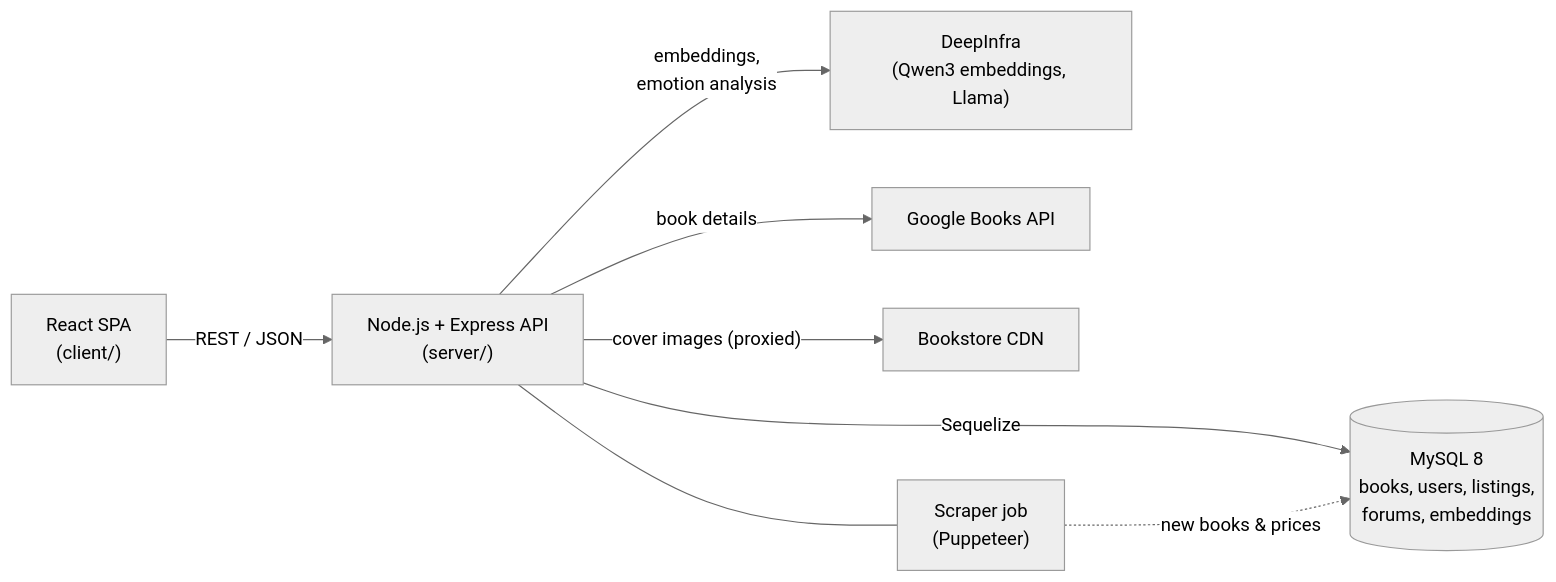
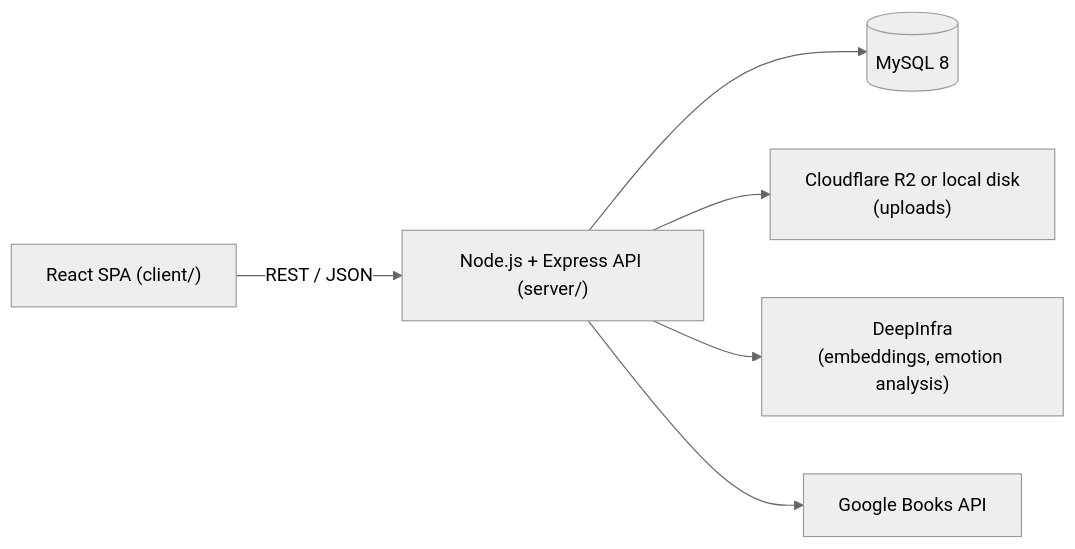
One commit to iamblue07/Aurora-Codex changed the diagram in README.md. Above: the diagram before and after it, drawn with Mermaid (neutral theme). The commit also changed other lines of this file and 2 other files, not shown here.

Commit message:
Rewrite the READMEs to cover only what is current

````diff
--- a/README.md
+++ b/README.md
@@ -35,10 +25,8 @@
 ```mermaid
 flowchart LR
-    Browser["React SPA<br/>(client/)"] -- "REST / JSON" --> API["Node.js + Express API<br/>(server/)"]
-    API -- "Sequelize" --> DB[("MySQL 8<br/>books, users, listings,<br/>forums, embeddings")]
-    API -- "embeddings,<br/>emotion analysis" --> DeepInfra["DeepInfra<br/>(Qwen3 embeddings, Llama)"]
-    API -- "book details" --> Google["Google Books API"]
-    API -- "cover images (proxied)" --> CDN["Bookstore CDN"]
-    Scraper["Scraper job<br/>(Puppeteer)"] -. "new books & prices" .-> DB
-    API --- Scraper
+    Client["React SPA (client/)"] -- "REST / JSON" --> API["Node.js + Express API (server/)"]
+    API --> DB[("MySQL 8")]
+    API --> Storage["Cloudflare R2 or local disk<br/>(uploads)"]
+    API --> DeepInfra["DeepInfra<br/>(embeddings, emotion analysis)"]
+    API --> Google["Google Books API"]
 ```
````
